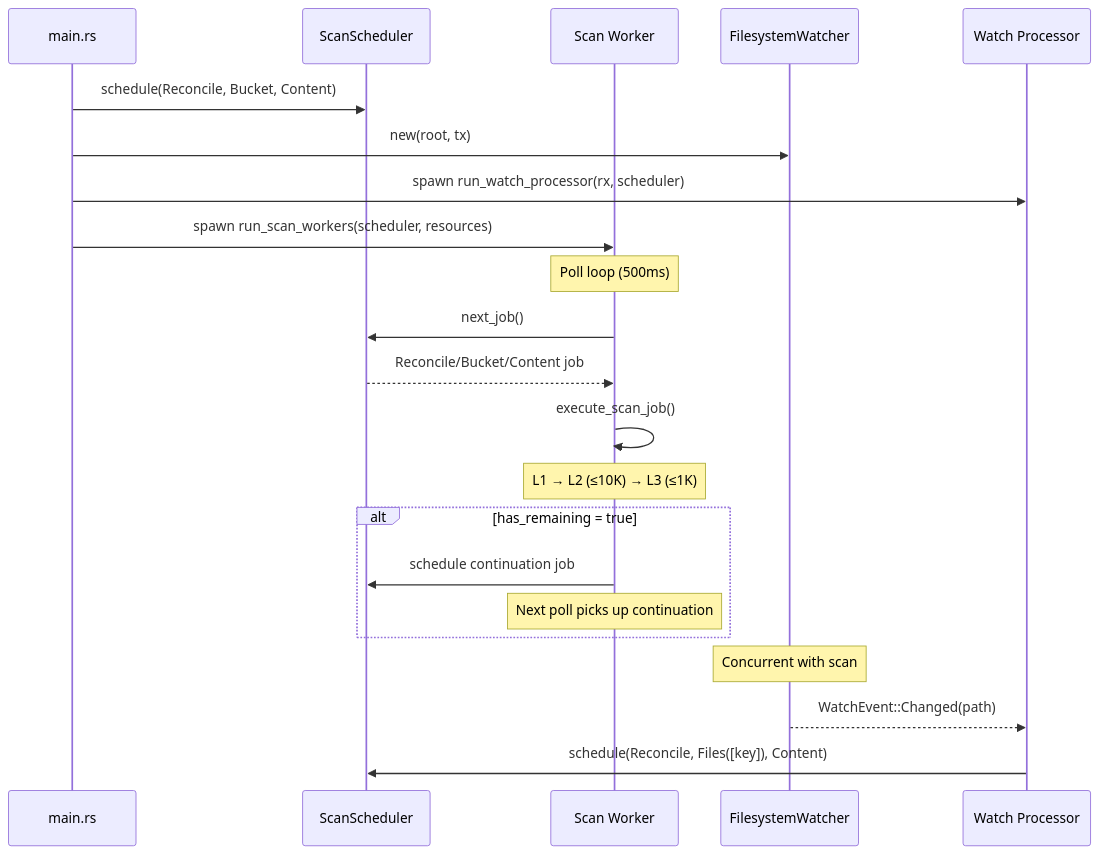
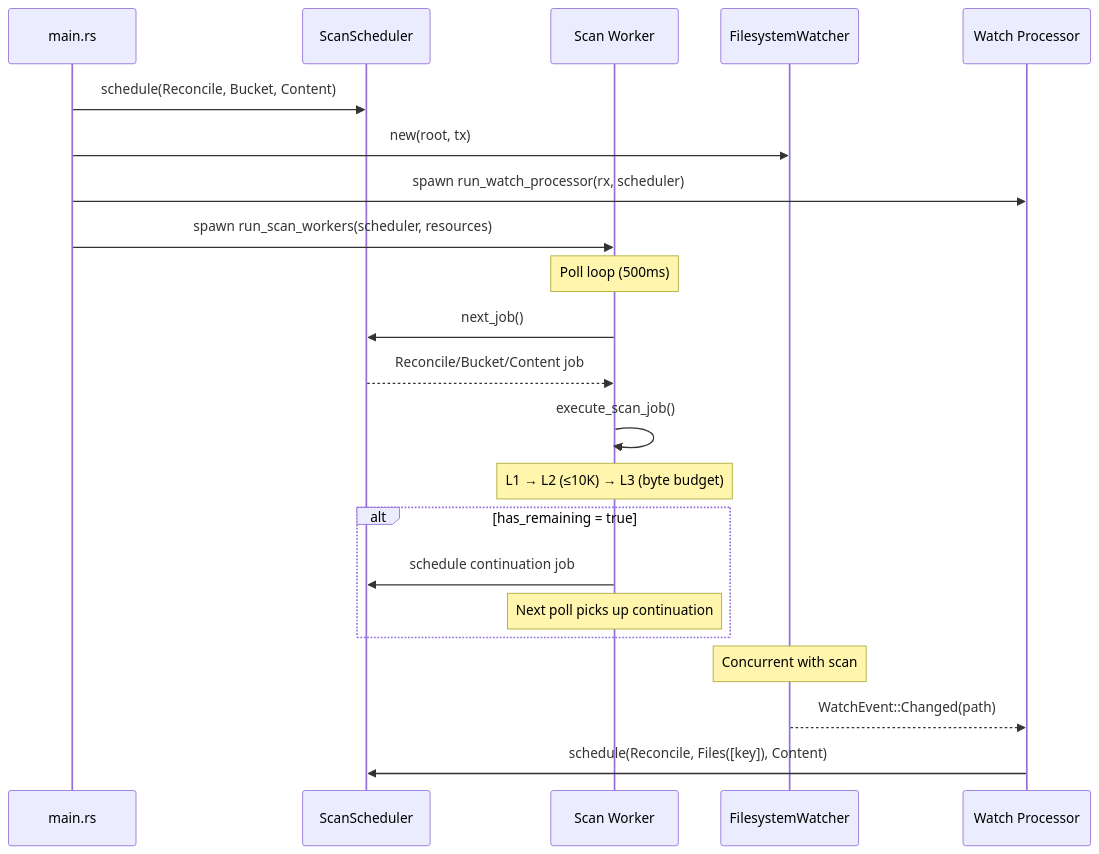
The eighth of 8 diagrams in docs/architecture/scanner.md (deepjoy/shoebox), drawn with Mermaid before and after one commit. The commit also changed other lines of this file and 24 other files, not shown here.

````diff
--- a/docs/architecture/scanner.md
+++ b/docs/architecture/scanner.md
@@ -231,29 +277,29 @@
 ```mermaid
 sequenceDiagram
     participant M as main.rs
     participant S as ScanScheduler
     participant W as Scan Worker
     participant FW as FilesystemWatcher
     participant WP as Watch Processor
 
     M->>S: schedule(Reconcile, Bucket, Content)
     M->>FW: new(root, tx)
     M->>WP: spawn run_watch_processor(rx, scheduler)
     M->>W: spawn run_scan_workers(scheduler, resources)
 
     Note over W: Poll loop (500ms)
     W->>S: next_job()
     S-->>W: Reconcile/Bucket/Content job
 
     W->>W: execute_scan_job()
-    Note over W: L1 → L2 (≤10K) → L3 (≤1K)
+    Note over W: L1 → L2 (≤10K) → L3 (byte budget)
 
     alt has_remaining = true
         W->>S: schedule continuation job
         Note over W: Next poll picks up continuation
     end
 
     Note over FW: Concurrent with scan
     FW-->>WP: WatchEvent::Changed(path)
     WP->>S: schedule(Reconcile, Files([key]), Content)
 ```
````
